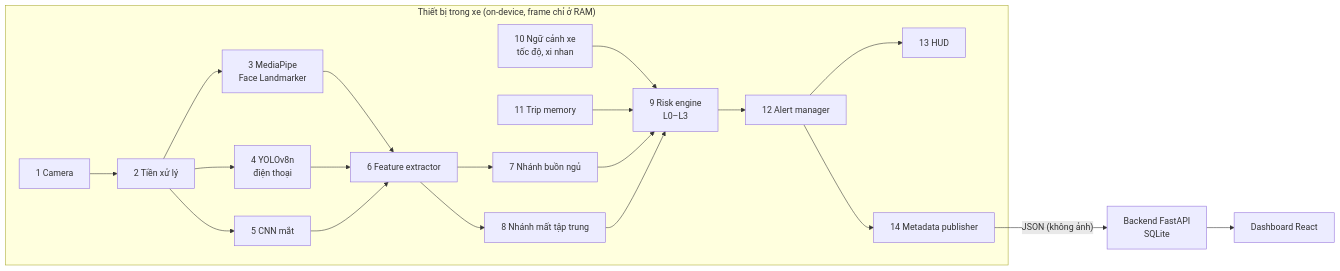
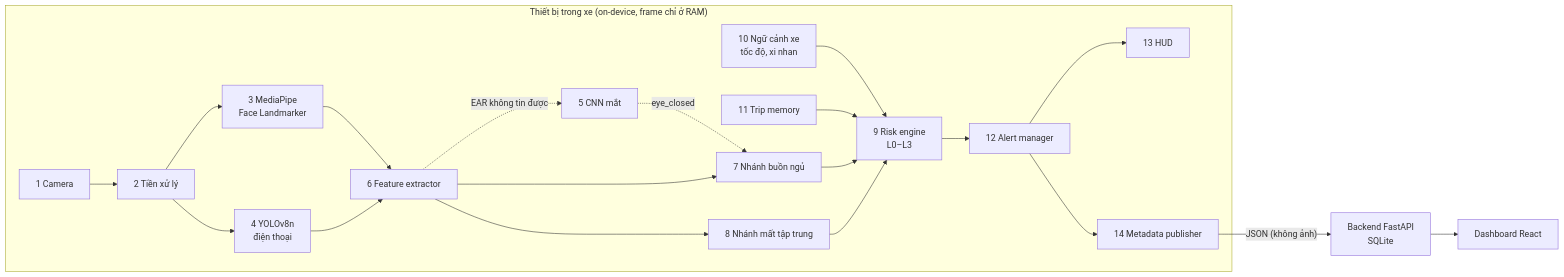
One commit to doananhquan26072005/driverguard changed the diagram in README.md. Above: the diagram before and after it, drawn with Mermaid. The commit also changed other lines of this file and 29 other files, not shown here.

First line of the commit message:
docs: README screenshots, Docker run steps and team roles; architecture overview diagram, journal, worklog, demo script and pitch deck figures

````diff
--- a/README.md
+++ b/README.md
@@ -73,20 +100,21 @@
 ```mermaid
 flowchart LR
     subgraph Device["Thiết bị trong xe (on-device, frame chỉ ở RAM)"]
         B1[1 Camera] --> B2[2 Tiền xử lý]
         B2 --> B3[3 MediaPipe<br/>Face Landmarker]
         B2 --> B4[4 YOLOv8n<br/>điện thoại]
-        B2 --> B5[5 CNN mắt]
-        B3 & B4 & B5 --> B6[6 Feature extractor]
+        B3 & B4 --> B6[6 Feature extractor]
+        B6 -. "EAR không tin được" .-> B5[5 CNN mắt]
+        B5 -. eye_closed .-> B7
         B6 --> B7[7 Nhánh buồn ngủ]
         B6 --> B8[8 Nhánh mất tập trung]
         B10[10 Ngữ cảnh xe<br/>tốc độ, xi nhan] --> B9
         B11[11 Trip memory] --> B9
         B7 & B8 --> B9[9 Risk engine<br/>L0–L3]
         B9 --> B12[12 Alert manager]
         B12 --> B13[13 HUD]
         B12 --> B14[14 Metadata publisher]
     end
     B14 -- "JSON (không ảnh)" --> API[Backend FastAPI<br/>SQLite]
     API --> DASH[Dashboard React]
 ```
````
